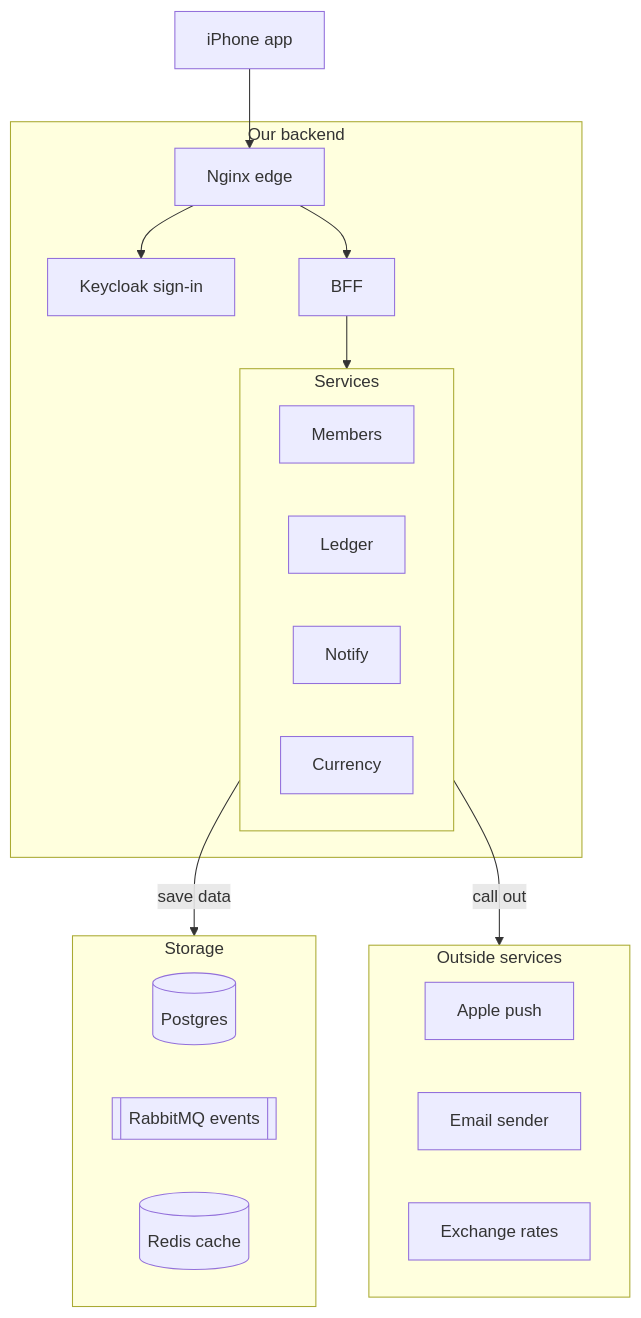
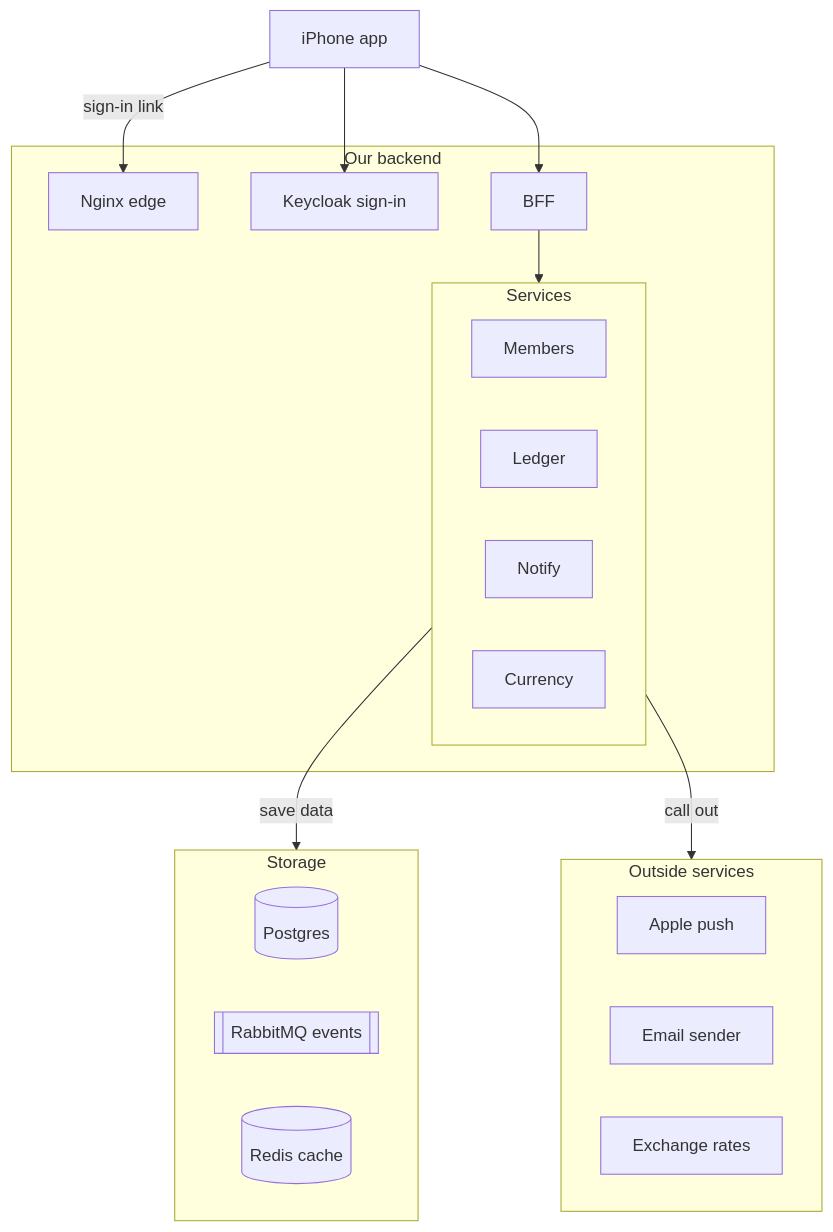
One commit to ravialdyh/my-money-recap-monorepo changed the diagram in README.md. Above: the diagram before and after it, drawn with Mermaid. The commit also changed other lines of this file and 16 other files, not shown here.

````diff
--- a/README.md
+++ b/README.md
@@ -20,34 +21,34 @@
 ```mermaid
 flowchart TD
     phone["iPhone app"]
     subgraph backend["Our backend"]
         edge["Nginx edge"]
         keycloak["Keycloak sign-in"]
         bff["BFF"]
         subgraph services["Services"]
             direction LR
             members["Members"]
             ledger["Ledger"]
             notify["Notify"]
             currency["Currency"]
         end
     end
     subgraph storage["Storage"]
         direction LR
         postgres[("Postgres")]
         rabbit[["RabbitMQ events"]]
         redis[("Redis cache")]
     end
     subgraph outside["Outside services"]
         direction LR
         apns["Apple push"]
         mail["Email sender"]
         rates["Exchange rates"]
     end
-    phone --> edge
-    edge --> keycloak
-    edge --> bff
+    phone --> keycloak
+    phone --> bff
+    phone -- "sign-in link" --> edge
     bff --> services
     services -- "save data" --> storage
     services -- "call out" --> outside
 ```
````
